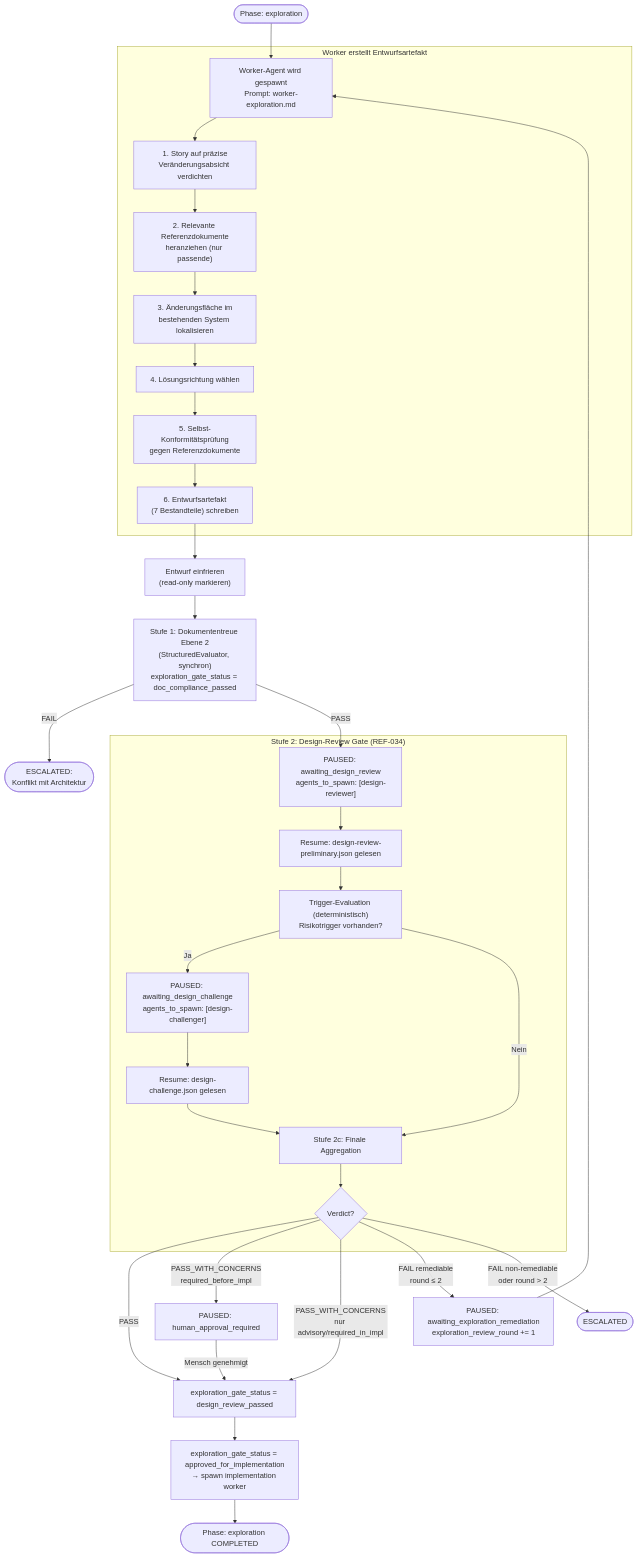
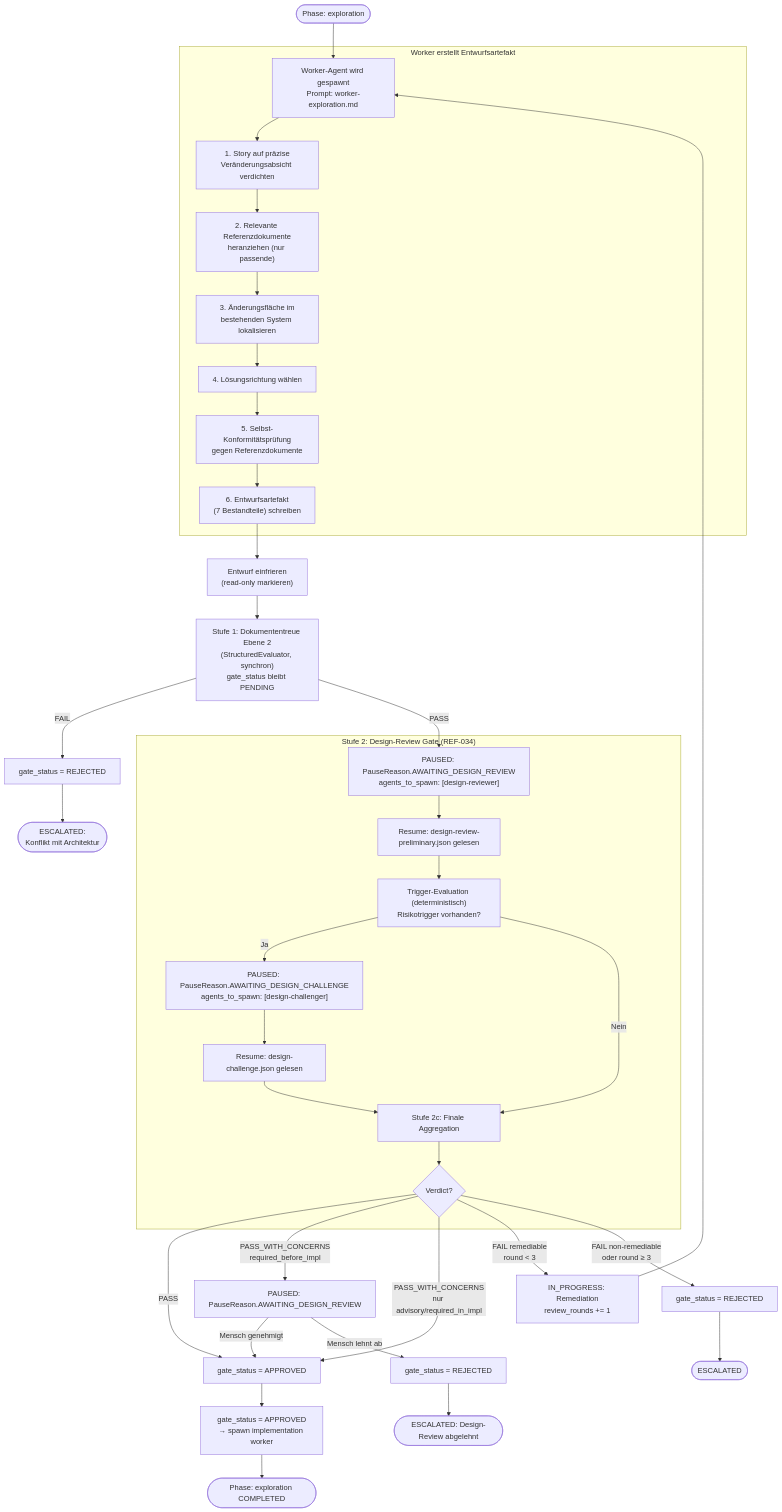
One commit to saltenhof/claude-agentkit3 changed the diagram in concept/technical-design/23_modusermittlung_exploration_change_frame.md. Above: the diagram before and after it, drawn with Mermaid. The commit also changed other lines of this file and 2 other files, not shown here.

First line of the commit message:
docs(concept): comprehensive review and correction of FK-20, FK-23, FK-25

````diff
--- a/concept/technical-design/23_modusermittlung_exploration_change_frame.md
+++ b/concept/technical-design/23_modusermittlung_exploration_change_frame.md
@@ -77,42 +78,46 @@
 ```mermaid
 flowchart TD
     START(["Phase: exploration"]) --> WORKER["Worker-Agent wird gespawnt<br/>Prompt: worker-exploration.md"]
 
     subgraph WORKER_ARBEIT ["Worker erstellt Entwurfsartefakt"]
         WORKER --> VERDICHTEN["1. Story auf präzise<br/>Veränderungsabsicht verdichten"]
         VERDICHTEN --> REFERENZ["2. Relevante Referenzdokumente<br/>heranziehen (nur passende)"]
         REFERENZ --> LOKALISIEREN["3. Änderungsfläche im<br/>bestehenden System lokalisieren"]
         LOKALISIEREN --> RICHTUNG["4. Lösungsrichtung wählen"]
         RICHTUNG --> SELBST["5. Selbst-Konformitätsprüfung<br/>gegen Referenzdokumente"]
         SELBST --> SCHREIBEN["6. Entwurfsartefakt<br/>(7 Bestandteile) schreiben"]
     end
 
     SCHREIBEN --> FREEZE["Entwurf einfrieren<br/>(read-only markieren)"]
 
-    FREEZE --> STUFE1["Stufe 1: Dokumententreue Ebene 2<br/>(StructuredEvaluator, synchron)<br/>exploration_gate_status = doc_compliance_passed"]
+    FREEZE --> STUFE1["Stufe 1: Dokumententreue Ebene 2<br/>(StructuredEvaluator, synchron)<br/>gate_status bleibt PENDING"]
 
-    STUFE1 -->|FAIL| ESC1(["ESCALATED:<br/>Konflikt mit Architektur"])
+    STUFE1 -->|FAIL| REJECT_GS1["gate_status = REJECTED"]
+    REJECT_GS1 --> ESC1(["ESCALATED:<br/>Konflikt mit Architektur"])
 
-    STUFE1 -->|PASS| PAUSED_DR["PAUSED: awaiting_design_review<br/>agents_to_spawn: [design-reviewer]"]
+    STUFE1 -->|PASS| PAUSED_DR["PAUSED: PauseReason.AWAITING_DESIGN_REVIEW<br/>agents_to_spawn: [design-reviewer]"]
 
     subgraph STUFE2 ["Stufe 2: Design-Review Gate (REF-034)"]
         PAUSED_DR --> RESUME_DR["Resume: design-review-preliminary.json gelesen"]
         RESUME_DR --> TRIGGER["Trigger-Evaluation (deterministisch)<br/>Risikotrigger vorhanden?"]
-        TRIGGER -->|Ja| PAUSED_DC["PAUSED: awaiting_design_challenge<br/>agents_to_spawn: [design-challenger]"]
+        TRIGGER -->|Ja| PAUSED_DC["PAUSED: PauseReason.AWAITING_DESIGN_CHALLENGE<br/>agents_to_spawn: [design-challenger]"]
         PAUSED_DC --> RESUME_DC["Resume: design-challenge.json gelesen"]
         RESUME_DC --> AGG["Stufe 2c: Finale Aggregation"]
         TRIGGER -->|Nein| AGG
         AGG --> VERDICT{"Verdict?"}
     end
 
-    VERDICT -->|PASS| GATE_PASS["exploration_gate_status = design_review_passed"]
-    VERDICT -->|PASS_WITH_CONCERNS<br/>required_before_impl| HUMAN["PAUSED: human_approval_required"]
+    VERDICT -->|PASS| GATE_PASS["gate_status = APPROVED"]
+    VERDICT -->|PASS_WITH_CONCERNS<br/>required_before_impl| HUMAN["PAUSED: PauseReason.AWAITING_DESIGN_REVIEW"]
     VERDICT -->|PASS_WITH_CONCERNS<br/>nur advisory/required_in_impl| GATE_PASS
-    VERDICT -->|FAIL remediable<br/>round ≤ 2| REMED["PAUSED: awaiting_exploration_remediation<br/>exploration_review_round += 1"]
-    VERDICT -->|FAIL non-remediable<br/>oder round > 2| ESC2(["ESCALATED"])
+    VERDICT -->|FAIL remediable<br/>round < 3| REMED["IN_PROGRESS: Remediation<br/>review_rounds += 1"]
+    VERDICT -->|FAIL non-remediable<br/>oder round ≥ 3| REJECT_GS2["gate_status = REJECTED"]
+    REJECT_GS2 --> ESC2(["ESCALATED"])
     REMED --> WORKER
 
-    HUMAN --> |Mensch genehmigt| GATE_PASS
-    GATE_PASS --> APPROVED["exploration_gate_status = approved_for_implementation<br/>→ spawn implementation worker"]
+    HUMAN -->|"Mensch genehmigt"| GATE_PASS
+    HUMAN -->|"Mensch lehnt ab"| REJECT_GS3["gate_status = REJECTED"]
+    REJECT_GS3 --> ESC_HUMAN(["ESCALATED: Design-Review abgelehnt"])
+    GATE_PASS --> APPROVED["gate_status = APPROVED<br/>→ spawn implementation worker"]
     APPROVED --> DONE(["Phase: exploration COMPLETED"])
 ```
````
